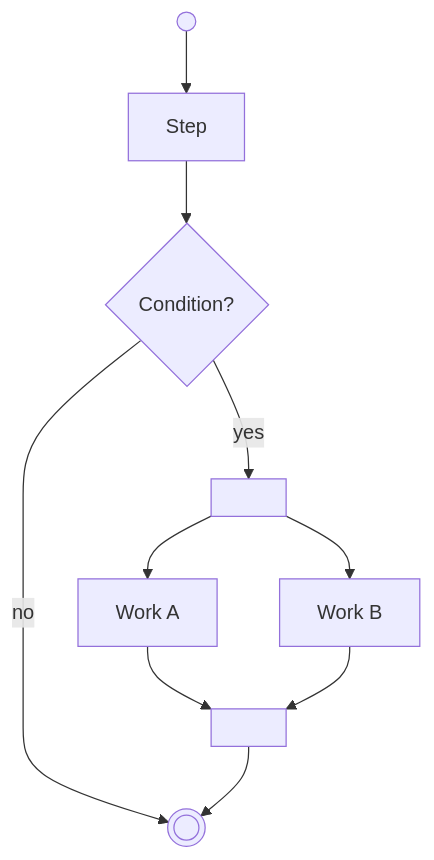
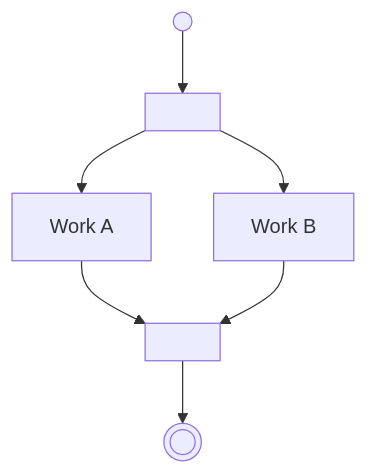
One commit to Akus0ni/LowLevelDesignGuide changed the diagram in content/uml/activity-diagram/cheatsheet.md. Above: the diagram before and after it, drawn with Mermaid. The commit also changed other lines of this file and 2 other files, not shown here.

Commit message:
spec-008: CI fix: Relationships, Sequence and Activity cheat sheets leave headroom under the 3-screen budget (Linux fonts render taller)
Claude-Session: https://claude.ai/code/session_01CuaJewaujHCxoMg2F6mdQy

````diff
--- a/content/uml/activity-diagram/cheatsheet.md
+++ b/content/uml/activity-diagram/cheatsheet.md
@@ -17,12 +17,9 @@
 ```mermaid steps
 flowchart TD
-    start((" ")) --> step["Step"]
-    step --> decide{"Condition?"}
-    decide -->|"yes"| fork1[" "]:::fork
-    decide -->|"no"| stop(((" ")))
+    start((" ")) --> fork1[" "]:::fork
     fork1 --> a["Work A"]
     fork1 --> b["Work B"]
     a --> join1[" "]:::join
     b --> join1
-    join1 --> stop
+    join1 --> stop(((" ")))
 ```
````
